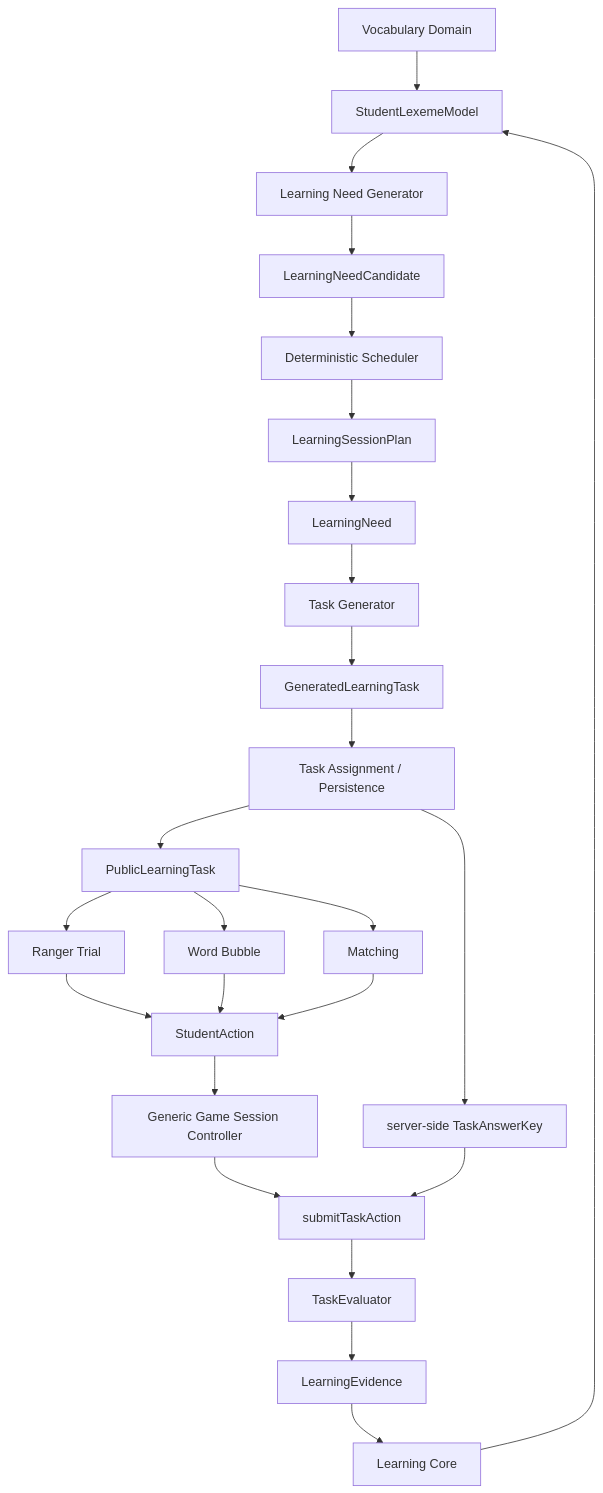
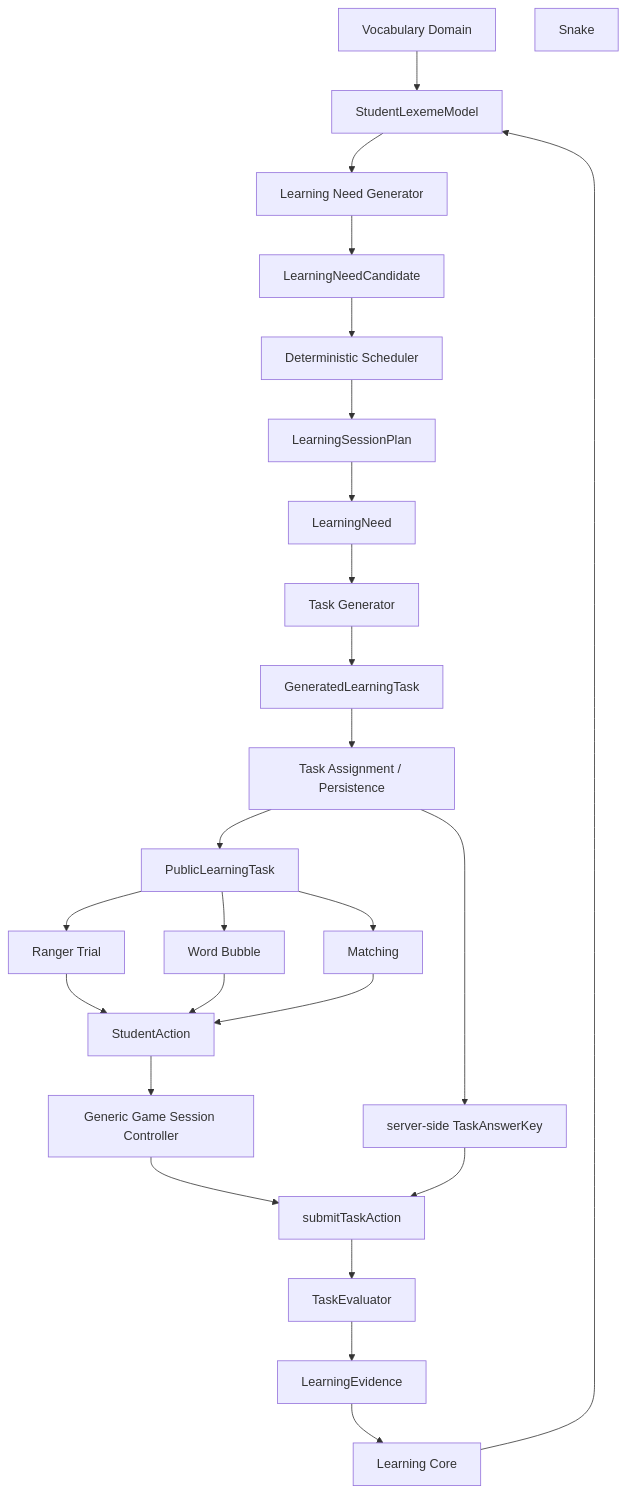
One commit to chipmuck228/wordranger changed the diagram in docs/ARCHITECTURE.md. Above: the diagram before and after it, drawn with Mermaid. The commit also changed other lines of this file and 39 other files, not shown here.

````diff
--- a/docs/ARCHITECTURE.md
+++ b/docs/ARCHITECTURE.md
@@ -7,49 +7,50 @@
 ```mermaid
 flowchart TD
   vocab[Vocabulary Domain]
   model[StudentLexemeModel]
   generator[Learning Need Generator]
   candidates[LearningNeedCandidate]
   scheduler[Deterministic Scheduler]
   plan[LearningSessionPlan]
   need[LearningNeed]
   gen[Task Generator]
   generated[GeneratedLearningTask]
   assignment[Task Assignment / Persistence]
   publicTask[PublicLearningTask]
   ranger[Ranger Trial]
   bubble[Word Bubble]
   matching[Matching]
+  snake[Snake]
   action[StudentAction]
   sessionCtl[Generic Game Session Controller]
   submit[submitTaskAction]
   answerKey[server-side TaskAnswerKey]
   evaluator[TaskEvaluator]
   evidence[LearningEvidence]
   core[Learning Core]
 
   vocab --> model
   model --> generator
   generator --> candidates
   candidates --> scheduler
   scheduler --> plan
   plan --> need
   need --> gen
   gen --> generated
   generated --> assignment
   assignment --> publicTask
   publicTask --> ranger
   publicTask --> bubble
   publicTask --> matching
   ranger --> action
   bubble --> action
   matching --> action
   action --> sessionCtl
   sessionCtl --> submit
   assignment --> answerKey
   answerKey --> submit
   submit --> evaluator
   evaluator --> evidence
   evidence --> core
   core --> model
 ```
````
